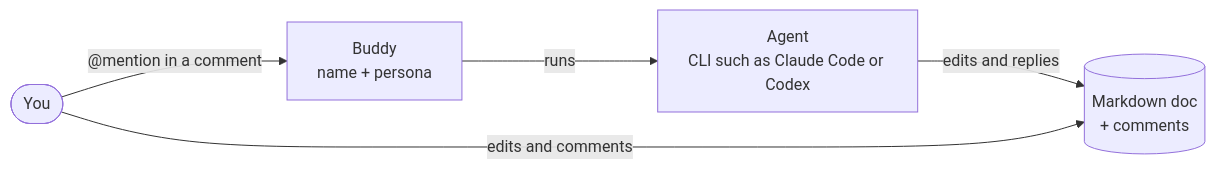
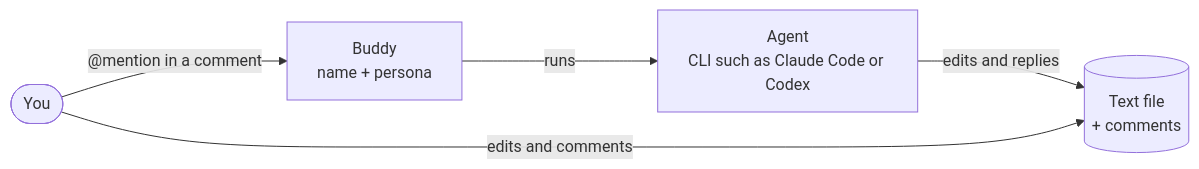
One commit to fanzhangg/open-doc changed the diagram in docs/product-vision.md. Above: the diagram before and after it, drawn with Mermaid. The commit also changed other lines of this file and 1 other file, not shown here.

First line of the commit message:
Vision: co-author text files with buddies; Markdown is a built-in plugin (#161)

````diff
--- a/docs/product-vision.md
+++ b/docs/product-vision.md
@@ -18,7 +18,7 @@
 ```mermaid
 flowchart LR
     You([You]) -- "@mention in a comment" --> Buddy["Buddy<br/>name + persona"]
     Buddy -- "runs" --> Agent["Agent<br/>CLI such as Claude Code or Codex"]
-    Agent -- "edits and replies" --> Doc[("Markdown doc<br/>+ comments")]
+    Agent -- "edits and replies" --> Doc[("Text file<br/>+ comments")]
     You -- "edits and comments" --> Doc
 ```
````
